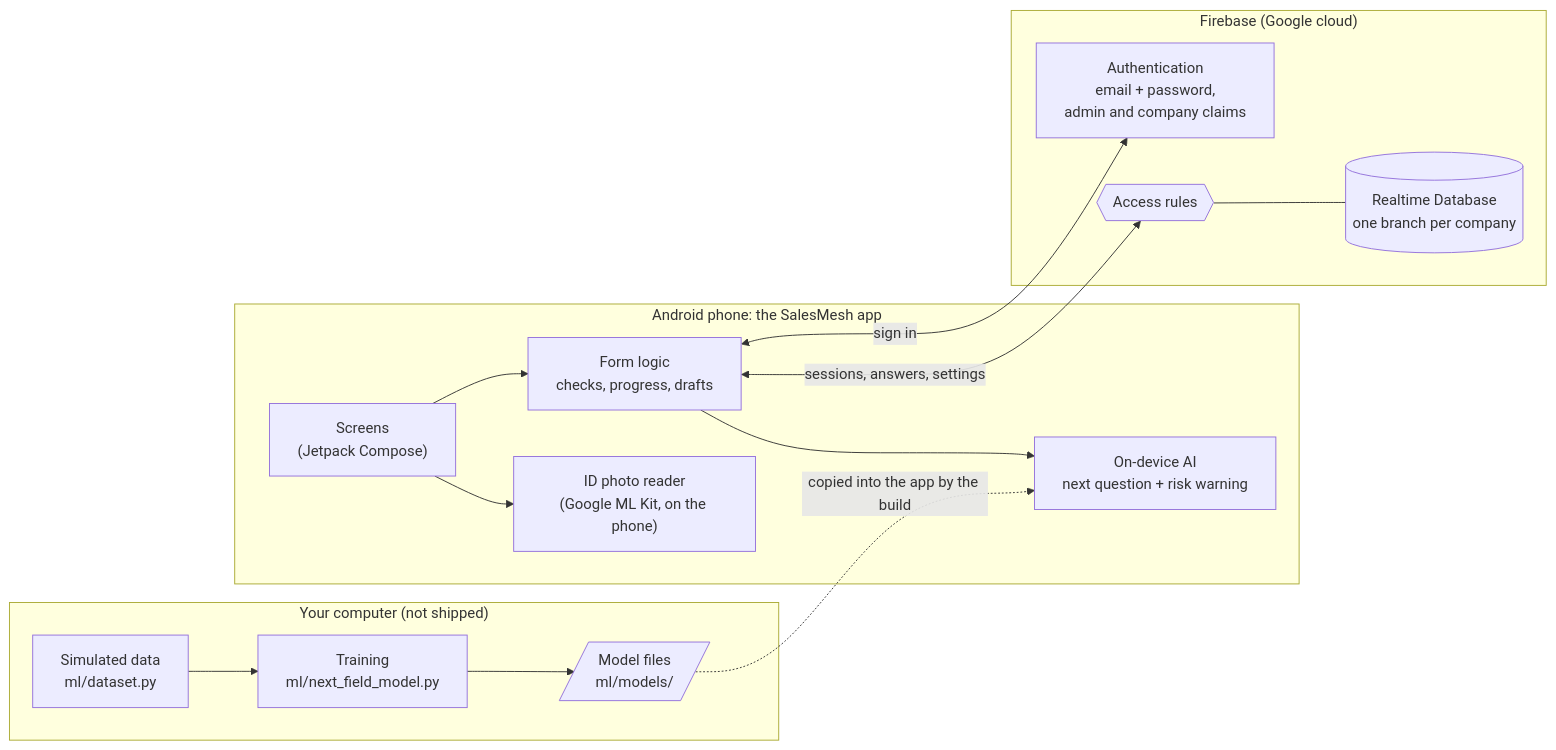
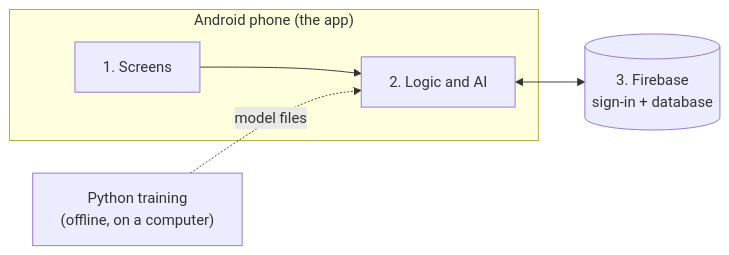
One commit to NicoleMumo/SALES-ONBOARDING-GUIDANCE-SYSTEM-AI- changed the diagram in docs/04-system-architecture.md. Above: the diagram before and after it, drawn with Mermaid. The commit also changed other lines of this file and 1 other file, not shown here.

Commit message:
docs: shorten the architecture guide to one simple page

````diff
--- a/docs/04-system-architecture.md
+++ b/docs/04-system-architecture.md
@@ -12,30 +8,8 @@
 ```mermaid
 flowchart LR
-    subgraph Phone["Android phone: the SalesMesh app"]
-        UI["Screens<br/>(Jetpack Compose)"]
-        LOGIC["Form logic<br/>checks, progress, drafts"]
-        AI["On-device AI<br/>next question + risk warning"]
-        OCR["ID photo reader<br/>(Google ML Kit, on the phone)"]
-        UI --> LOGIC
-        LOGIC --> AI
-        UI --> OCR
+    subgraph Phone["Android phone (the app)"]
+        UI["1. Screens"] --> LOGIC["2. Logic and AI"]
     end
-
-    subgraph Cloud["Firebase (Google cloud)"]
-        AUTH["Authentication<br/>email + password,<br/>admin and company claims"]
-        DB[("Realtime Database<br/>one branch per company")]
-        RULES{{"Access rules"}}
-        RULES --- DB
-    end
-
-    subgraph Offline["Your computer (not shipped)"]
-        SIM["Simulated data<br/>ml/dataset.py"]
-        TRAIN["Training<br/>ml/next_field_model.py"]
-        MODELS[/"Model files<br/>ml/models/"/]
-        SIM --> TRAIN --> MODELS
-    end
-
-    LOGIC <-->|sign in| AUTH
-    LOGIC <-->|sessions, answers, settings| RULES
-    MODELS -. "copied into the app by the build" .-> AI
+    LOGIC <--> DATA[("3. Firebase<br/>sign-in + database")]
+    TRAIN["Python training<br/>(offline, on a computer)"] -. "model files" .-> LOGIC
 ```
````
